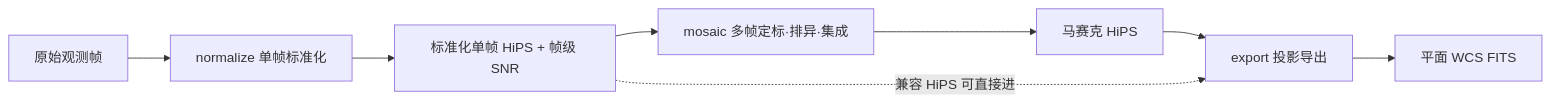
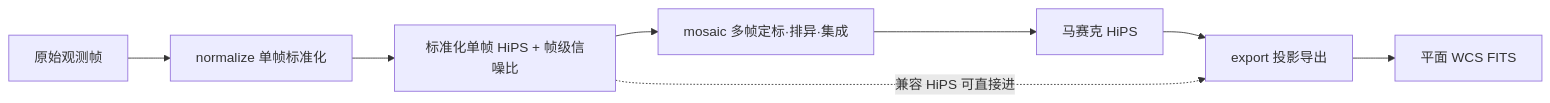
Before and after one commit to fujiaze/Astro-CS-Database: the second of 10 diagrams in docs/ACSD_DESIGN.md, drawn with Mermaid. The commit also changed other lines of this file and 1 other file, not shown here.

````diff
--- a/docs/ACSD_DESIGN.md
+++ b/docs/ACSD_DESIGN.md
@@ -55,10 +46,10 @@
 ```mermaid
 flowchart LR
     RAW["原始观测帧"] --> N["normalize 单帧标准化"]
-    N --> H1["标准化单帧 HiPS + 帧级 SNR"]
+    N --> H1["标准化单帧 HiPS + 帧级信噪比"]
     H1 --> M["mosaic 多帧定标·排异·集成"]
     M --> H2["马赛克 HiPS"]
     H2 --> X["export 投影导出"]
     X --> F["平面 WCS FITS"]
     H1 -.兼容 HiPS 可直接进.-> X
 ```
````
